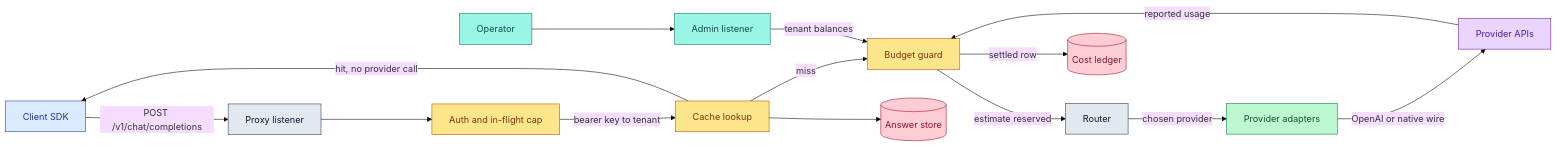
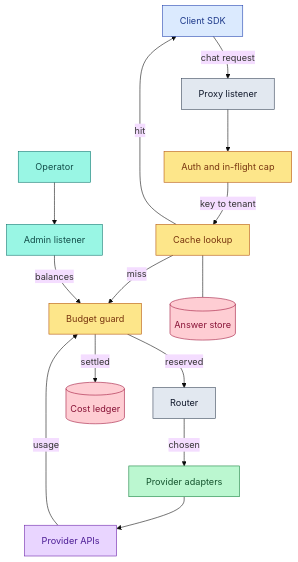
The first of 3 diagrams in docs/architecture.md (rajeev-chaurasia/pen-stock), drawn with Mermaid (base theme) before and after one commit. The commit also changed 1 other file, not shown here.

Commit message:
docs: make the diagrams legible at README width
Rendering every mermaid block with the real library and reading the SVG
viewBox showed three of the six were unreadable where they are actually
displayed. The request path overview came out 2646px wide at a 10.6 to 1
aspect, which scales to 23 percent in a README and puts body text at
5.5px.

Turning it top down and trimming the edge labels brings it to 499x979,
which renders at full size with 14px text. The two sequence diagrams are
being restructured separately; their width comes from participant count
rather than labels.

Parsing clean and reading clean are different checks. The first was
done; this is the second.

````diff
--- a/docs/architecture.md
+++ b/docs/architecture.md
@@ -32,45 +32,45 @@
 ```mermaid
-flowchart LR
+flowchart TD
     CLIENT[Client SDK]
     LISTEN[Proxy listener]
     GATE[Auth and in-flight cap]
     CACHE[Cache lookup]
     BUDGET[Budget guard]
     ROUTER[Router]
     ADAPTER[Provider adapters]
     UPSTREAM[Provider APIs]
     STORE[(Answer store)]
     LEDGER[(Cost ledger)]
     OPERATOR[Operator]
     ADMIN[Admin listener]
 
-    CLIENT -->|POST /v1/chat/completions| LISTEN
+    CLIENT -->|chat request| LISTEN
     LISTEN --> GATE
-    GATE -->|bearer key to tenant| CACHE
-    CACHE -->|hit, no provider call| CLIENT
+    GATE -->|key to tenant| CACHE
+    CACHE -->|hit| CLIENT
     CACHE -->|miss| BUDGET
-    BUDGET -->|estimate reserved| ROUTER
-    ROUTER -->|chosen provider| ADAPTER
-    ADAPTER -->|OpenAI or native wire| UPSTREAM
-    UPSTREAM -->|reported usage| BUDGET
-    CACHE --> STORE
-    BUDGET -->|settled row| LEDGER
+    CACHE --- STORE
+    BUDGET -->|reserved| ROUTER
+    ROUTER -->|chosen| ADAPTER
+    ADAPTER --> UPSTREAM
+    UPSTREAM -->|usage| BUDGET
+    BUDGET -->|settled| LEDGER
     OPERATOR --> ADMIN
-    ADMIN -->|tenant balances| BUDGET
+    ADMIN -->|balances| BUDGET
 
     classDef client fill:#dbeafe,stroke:#1e40af,color:#1e3a8a
     classDef gateway fill:#e2e8f0,stroke:#334155,color:#0f172a
     classDef policy fill:#fde68a,stroke:#b45309,color:#78350f
     classDef adapter fill:#bbf7d0,stroke:#15803d,color:#14532d
     classDef external fill:#e9d5ff,stroke:#6b21a8,color:#4c1d95
     classDef storage fill:#fecdd3,stroke:#9f1239,color:#881337
     classDef operator fill:#99f6e4,stroke:#0f766e,color:#134e4a
 
     class CLIENT client
     class LISTEN,ROUTER gateway
     class GATE,CACHE,BUDGET policy
     class ADAPTER adapter
     class UPSTREAM external
     class STORE,LEDGER storage
     class OPERATOR,ADMIN operator
 ```
````
